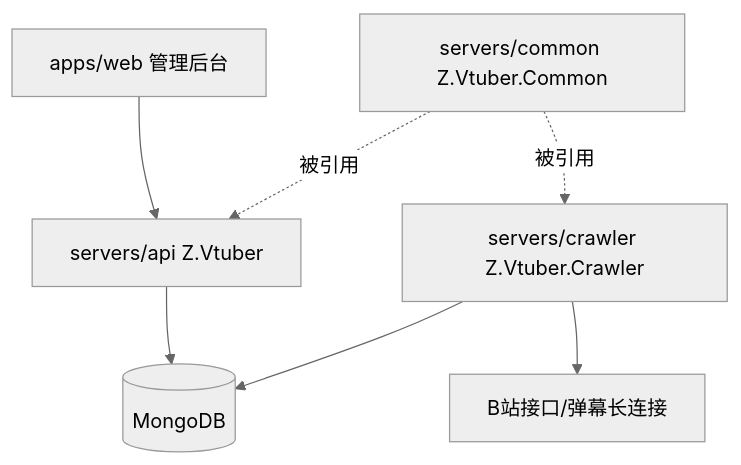
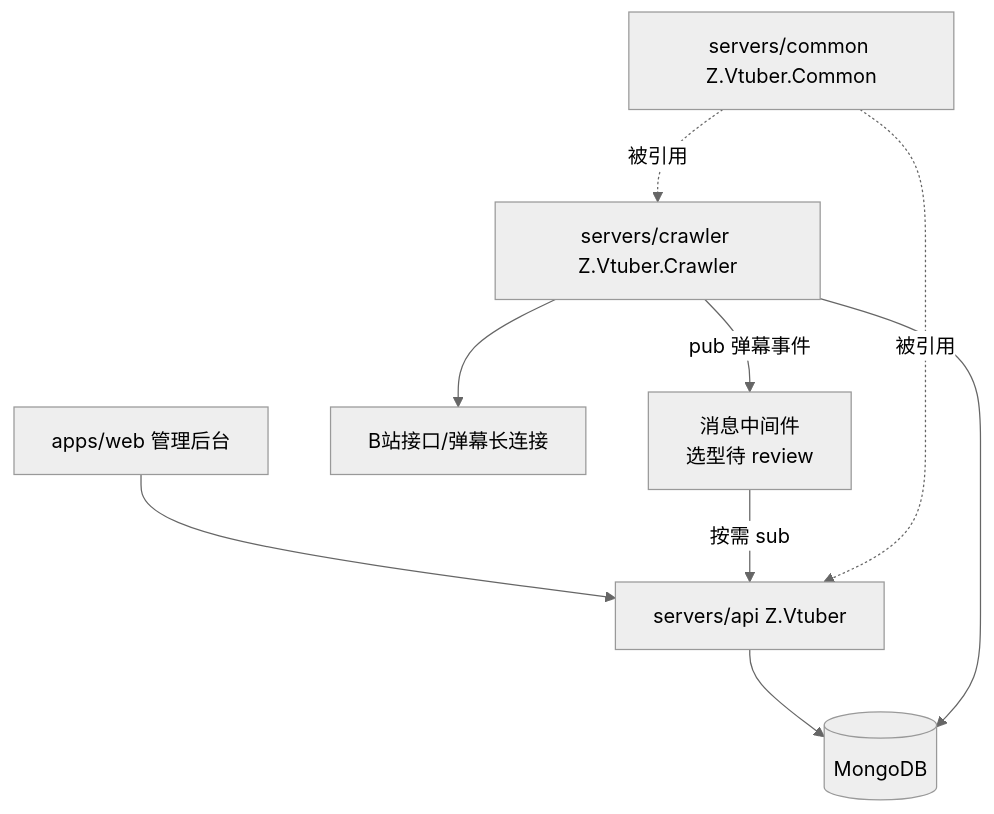
One commit to Deliay/z-vtuber changed the first of 3 diagrams in docs/engineering/proposals/20260901-proposal-api-crawler-split.md. Above: the diagram before and after it, drawn with Mermaid (neutral theme). The commit also changed other lines of this file and 1 other file, not shown here.

Commit message:
docs: rework event channel to message broker pub/sub with selection pending review

````diff
--- a/docs/engineering/proposals/20260901-proposal-api-crawler-split.md
+++ b/docs/engineering/proposals/20260901-proposal-api-crawler-split.md
@@ -46,9 +49,11 @@
 ```mermaid
 graph TD
     Web[apps/web 管理后台] --> API[servers/api Z.Vtuber]
     API --> M[(MongoDB)]
     Crawler[servers/crawler Z.Vtuber.Crawler] --> M
     Crawler --> BILI[B站接口/弹幕长连接]
+    Crawler -->|pub 弹幕事件| MQ[消息中间件<br>选型待 review]
+    MQ -->|按需 sub| API
     Common[servers/common Z.Vtuber.Common] -.被引用.-> API
     Common -.被引用.-> Crawler
 ```
````
